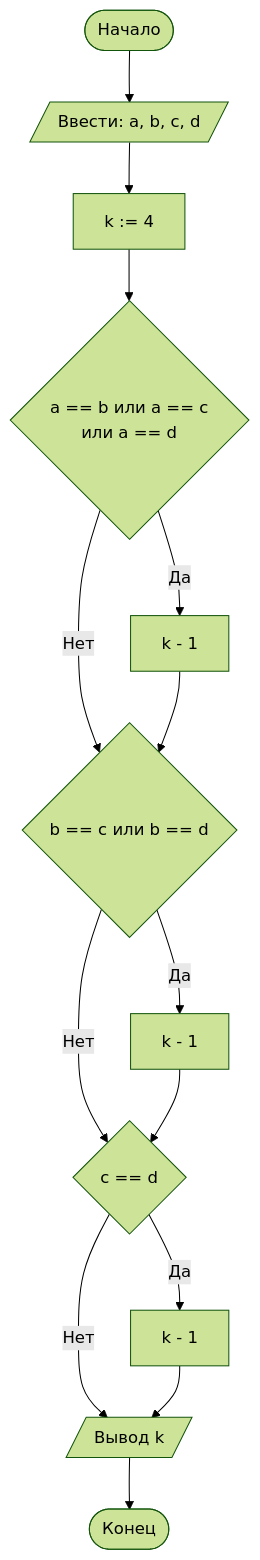
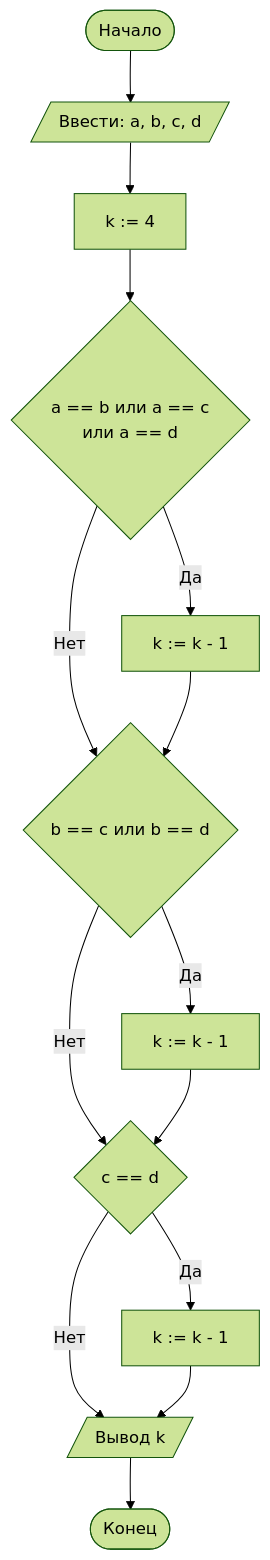
One commit to coffee-lovers-code/algorithms-lab-1 changed the diagram in README.md. Above: the diagram before and after it, drawn with Mermaid (forest theme). The commit also changed other lines of this file, not shown here.

````diff
--- a/README.md
+++ b/README.md
@@ -80,18 +80,18 @@
 ```mermaid
 graph TD
     A([Начало]) --> B[/Ввести: a, b, c, d/]
     B --> K[k := 4]
     K --> C{a == b или a == c 
     или a == d}
     C -- Нет --> D{b == c или b == d}
     D -- Нет --> E{c == d}
     E -- Нет --> F[/Вывод k/]
     F --> G([Конец])
-    E -- Да --> H[k - 1]
+    E -- Да --> H[k := k - 1]
     H --> F
-    D -- Да --> I[k - 1]
+    D -- Да --> I[k := k - 1]
     I --> E
-    C -- Да --> J[k - 1]
+    C -- Да --> J[k := k - 1]
     J --> D
 
 ```
````
